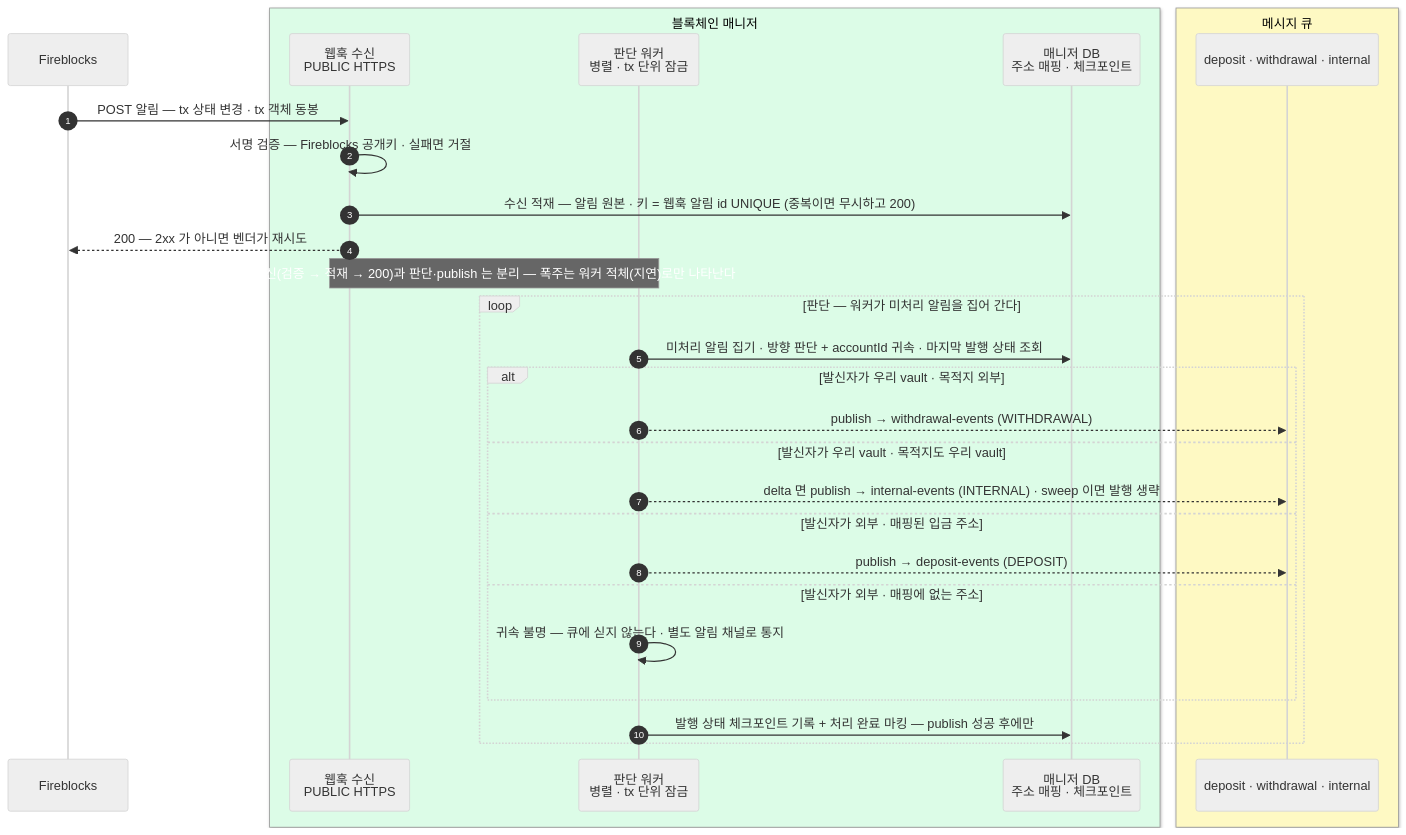
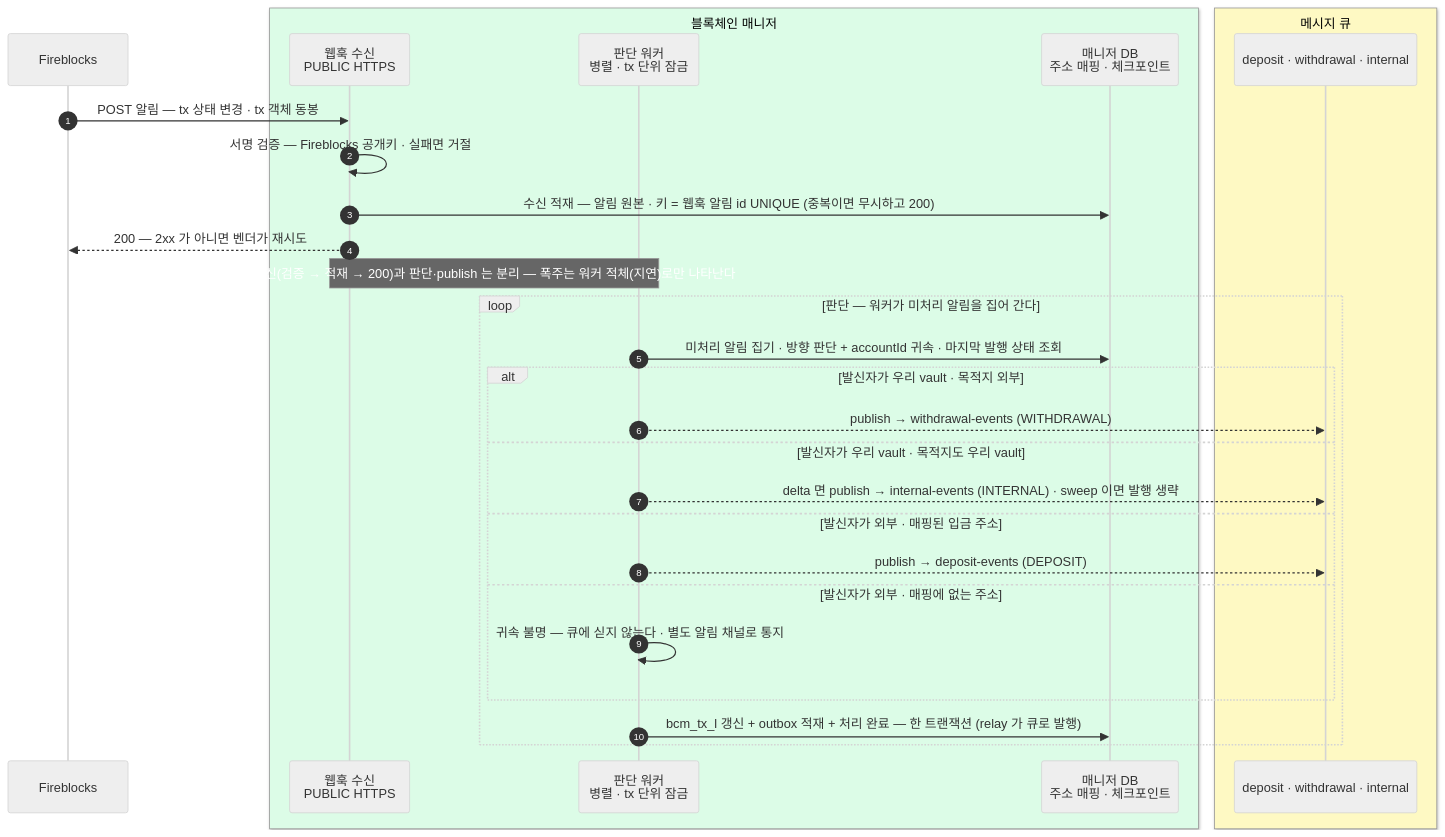
One commit to eunsujeo/eunpus changed the second of 6 diagrams in blockchain-manager/docs/BC/설계/02-bcm-flow.md. Above: the diagram before and after it, drawn with Mermaid (neutral theme). The commit also changed other lines of this file and 9 other files, not shown here.

````diff
--- a/blockchain-manager/docs/BC/설계/02-bcm-flow.md
+++ b/blockchain-manager/docs/BC/설계/02-bcm-flow.md
@@ -44,33 +44,33 @@
 ```mermaid
 sequenceDiagram
     autonumber
     participant FB as Fireblocks
     box rgb(220,252,231) 블록체인 매니저
     participant WH as 웹훅 수신<br/>PUBLIC HTTPS
     participant WK as 판단 워커<br/>병렬 · tx 단위 잠금
     participant MDB as 매니저 DB<br/>주소 매핑 · 체크포인트
     end
     box rgb(254,249,195) 메시지 큐
     participant MQ as deposit · withdrawal · internal
     end
 
     FB->>WH: POST 알림 — tx 상태 변경 · tx 객체 동봉
     WH->>WH: 서명 검증 — Fireblocks 공개키 · 실패면 거절
     WH->>MDB: 수신 적재 — 알림 원본 · 키 = 웹훅 알림 id UNIQUE (중복이면 무시하고 200)
     WH-->>FB: 200 — 2xx 가 아니면 벤더가 재시도
     Note over WH,WK: 수신(검증 → 적재 → 200)과 판단·publish 는 분리 — 폭주는 워커 적체(지연)로만 나타난다
 
     loop 판단 — 워커가 미처리 알림을 집어 간다
         WK->>MDB: 미처리 알림 집기 · 방향 판단 + accountId 귀속 · 마지막 발행 상태 조회
         alt 발신자가 우리 vault · 목적지 외부
             WK-->>MQ: publish → withdrawal-events (WITHDRAWAL)
         else 발신자가 우리 vault · 목적지도 우리 vault
             WK-->>MQ: delta 면 publish → internal-events (INTERNAL) · sweep 이면 발행 생략
         else 발신자가 외부 · 매핑된 입금 주소
             WK-->>MQ: publish → deposit-events (DEPOSIT)
         else 발신자가 외부 · 매핑에 없는 주소
             WK->>WK: 귀속 불명 — 큐에 싣지 않는다 · 별도 알림 채널로 통지
         end
-        WK->>MDB: 발행 상태 체크포인트 기록 + 처리 완료 마킹 — publish 성공 후에만
+        WK->>MDB: bcm_tx_l 갱신 + outbox 적재 + 처리 완료 — 한 트랜잭션 (relay 가 큐로 발행)
     end
 ```
````
